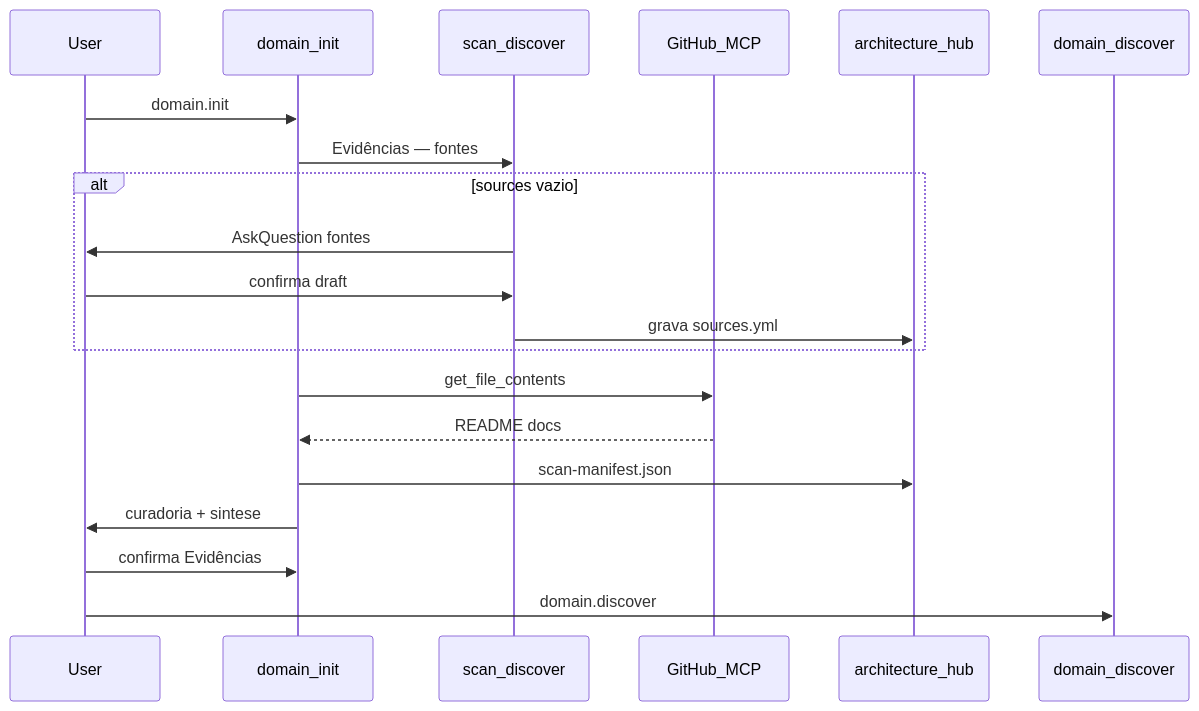
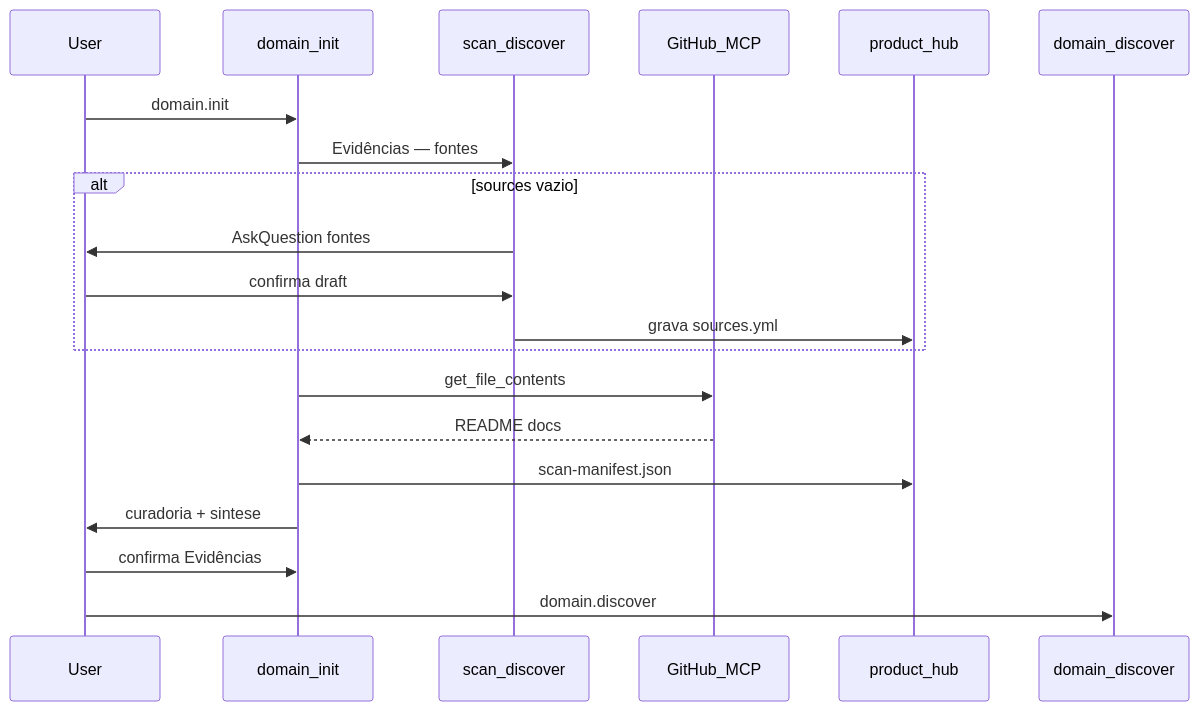
One commit to DudaMoresco/work-kit changed the diagram in domain-kit/HOW-IT-WORKS.md. Above: the diagram before and after it, drawn with Mermaid. The commit also changed other lines of this file and 94 other files, not shown here.

````diff
--- a/domain-kit/HOW-IT-WORKS.md
+++ b/domain-kit/HOW-IT-WORKS.md
@@ -66,23 +68,23 @@
 ```mermaid
 sequenceDiagram
   participant User
   participant Init as domain_init
   participant Plan as scan_discover
   participant MCP as GitHub_MCP
-  participant Hub as architecture_hub
+  participant Hub as product_hub
   participant Discover as domain_discover
 
   User->>Init: domain.init
   Init->>Plan: Evidências — fontes
   alt sources vazio
     Plan->>User: AskQuestion fontes
     User->>Plan: confirma draft
     Plan->>Hub: grava sources.yml
   end
   Init->>MCP: get_file_contents
   MCP-->>Init: README docs
   Init->>Hub: scan-manifest.json
   Init->>User: curadoria + sintese
   User->>Init: confirma Evidências
   User->>Discover: domain.discover
 ```
````
